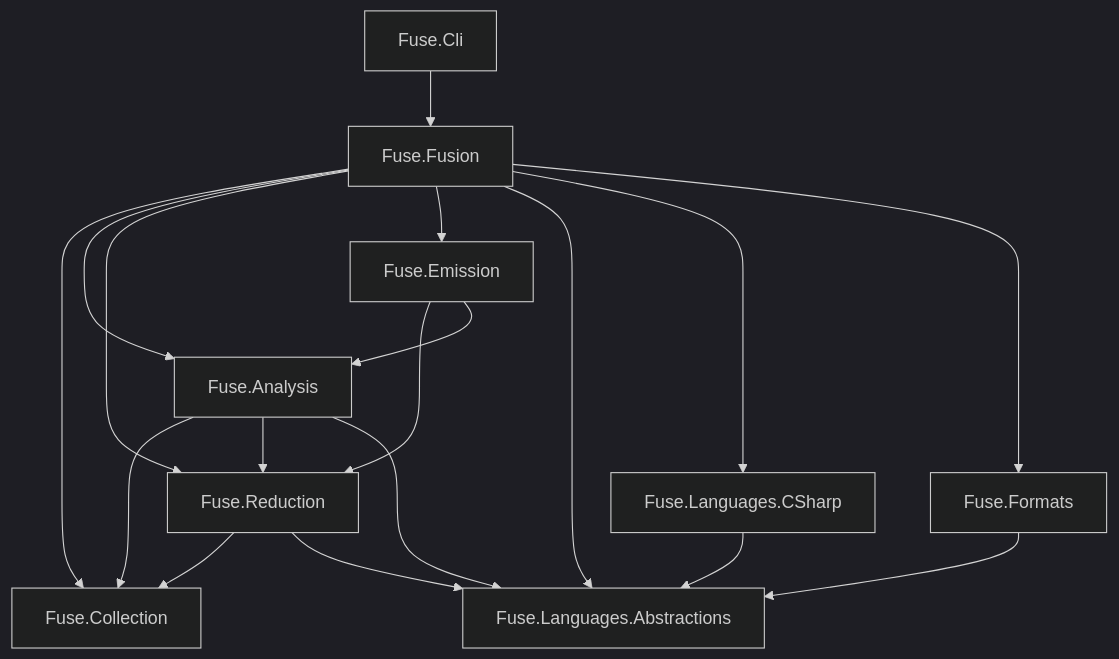
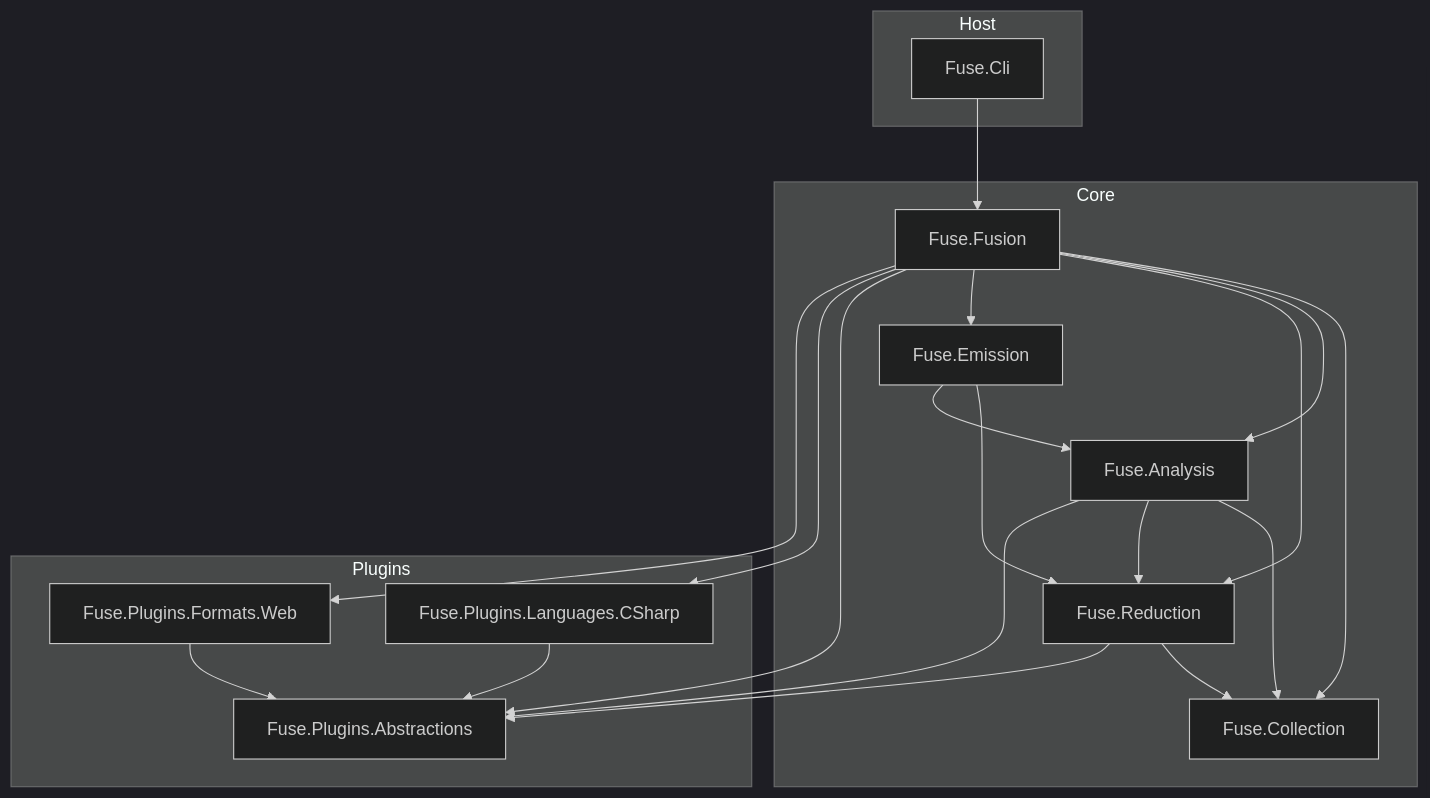
One commit to Litenova-Solutions/Fuse changed the second of 2 diagrams in docs/architecture.md. Above: the diagram before and after it, drawn with Mermaid (dark theme). The commit also changed other lines of this file and 365 other files, not shown here.

First line of the commit message:
Restructure into Core/Host/Plugins and adopt central package management

````diff
--- a/docs/architecture.md
+++ b/docs/architecture.md
@@ -140,34 +142,40 @@
 ```mermaid
 graph TD
-    Cli[Fuse.Cli]
-    Fusion[Fuse.Fusion]
-    Collection[Fuse.Collection]
-    Analysis[Fuse.Analysis]
-    Reduction[Fuse.Reduction]
-    Emission[Fuse.Emission]
-    LangAbs[Fuse.Languages.Abstractions]
-    LangCs[Fuse.Languages.CSharp]
-    Formats[Fuse.Formats]
+    subgraph Host
+      Cli[Fuse.Cli]
+    end
+    subgraph Core
+      Fusion[Fuse.Fusion]
+      Collection[Fuse.Collection]
+      Analysis[Fuse.Analysis]
+      Reduction[Fuse.Reduction]
+      Emission[Fuse.Emission]
+    end
+    subgraph Plugins
+      LangAbs[Fuse.Plugins.Abstractions]
+      LangCs[Fuse.Plugins.Languages.CSharp]
+      Formats[Fuse.Plugins.Formats.Web]
+    end
 
     Cli --> Fusion
     Fusion --> Collection
     Fusion --> Analysis
     Fusion --> Reduction
     Fusion --> Emission
     Fusion --> LangAbs
     Fusion --> LangCs
     Fusion --> Formats
 
     Analysis --> Collection
     Analysis --> Reduction
     Analysis --> LangAbs
 
     Reduction --> Collection
     Reduction --> LangAbs
 
     Emission --> Reduction
     Emission --> Analysis
 
     LangCs --> LangAbs
     Formats --> LangAbs
 ```
````
